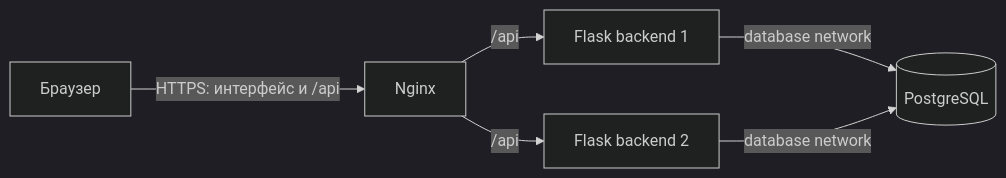
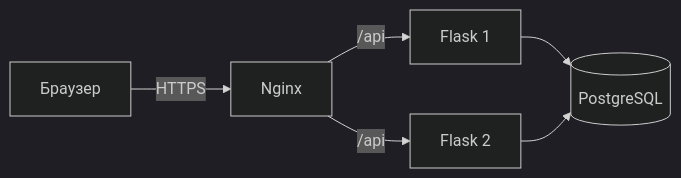
Before and after one commit to fadeeey/clouds-labs: the diagram in README.md, drawn with Mermaid (dark theme). The commit also changed 3 other files, not shown here.

````diff
--- a/README.md
+++ b/README.md
@@ -30,8 +30,8 @@
 ```mermaid
 flowchart LR
-  B[Браузер] -->|HTTPS: интерфейс и /api| N[Nginx]
-  N -->|/api| F1[Flask backend 1]
-  N -->|/api| F2[Flask backend 2]
-  F1 -->|database network| P[(PostgreSQL)]
-  F2 -->|database network| P
+  browser["Браузер"] -->|HTTPS| nginx["Nginx"]
+  nginx -->|/api| backend1["Flask 1"]
+  nginx -->|/api| backend2["Flask 2"]
+  backend1 --> database[("PostgreSQL")]
+  backend2 --> database
 ```
````
